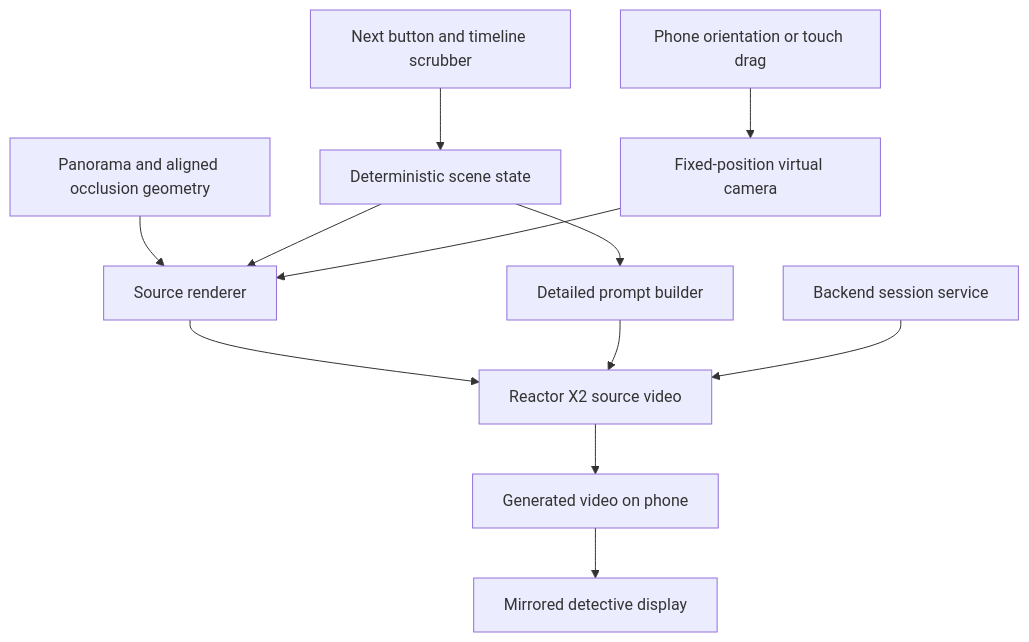
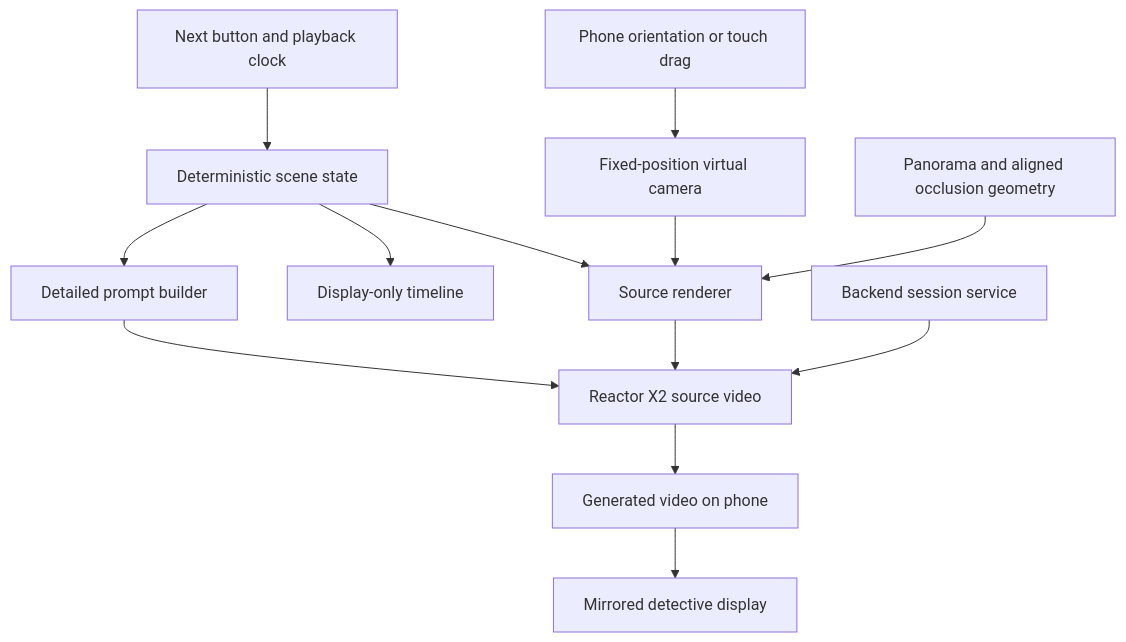
The diagram in archicture.md (Drastixs/WORLDS-HACKATHON), drawn with Mermaid before and after one commit. The commit also changed other lines of this file, not shown here.

Commit message:
Update architecture for owned photosphere and subtle bounds

````diff
--- a/archicture.md
+++ b/archicture.md
@@ -40,14 +40,15 @@
 ```mermaid
 flowchart TD
-    A[Next button and timeline scrubber] --> B[Deterministic scene state]
+    A[Next button and playback clock] --> B[Deterministic scene state]
     C[Phone orientation or touch drag] --> D[Fixed-position virtual camera]
     E[Panorama and aligned occlusion geometry] --> F[Source renderer]
     B --> F
+    B --> L[Display-only timeline]
     D --> F
     B --> G[Detailed prompt builder]
     F --> H[Reactor X2 source video]
     G --> H
     H --> I[Generated video on phone]
     I --> J[Mirrored detective display]
     K[Backend session service] --> H
 ```
````
